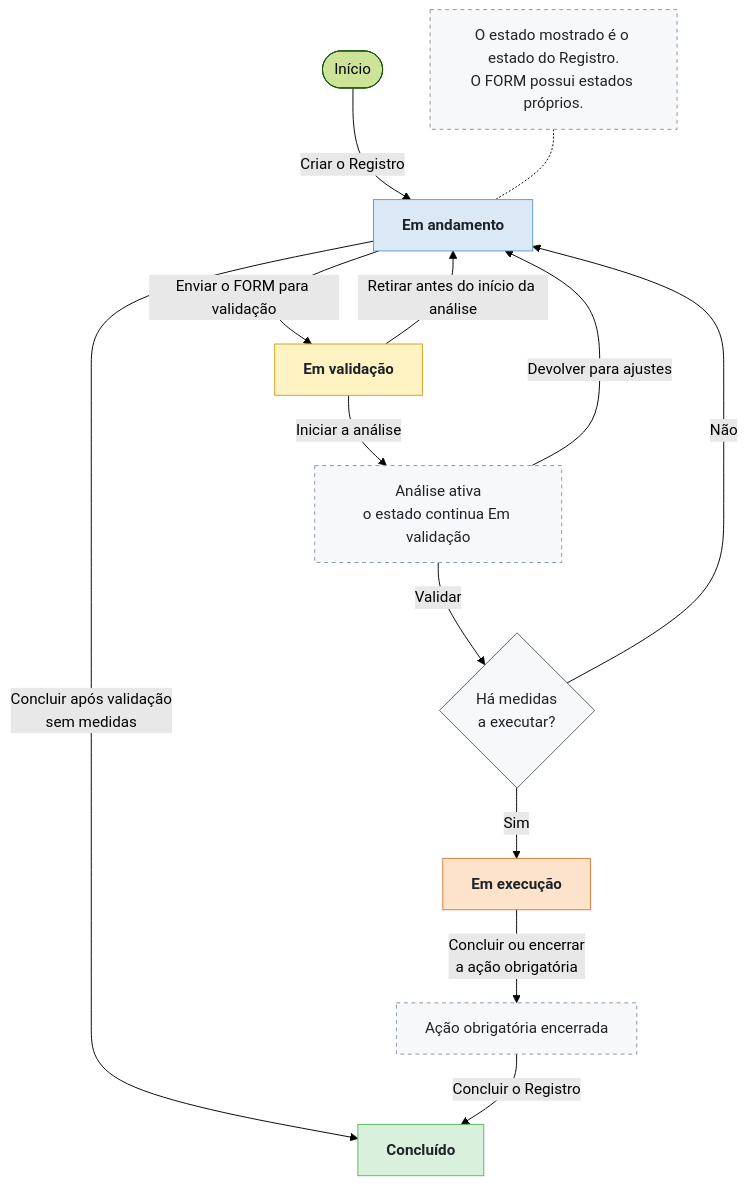
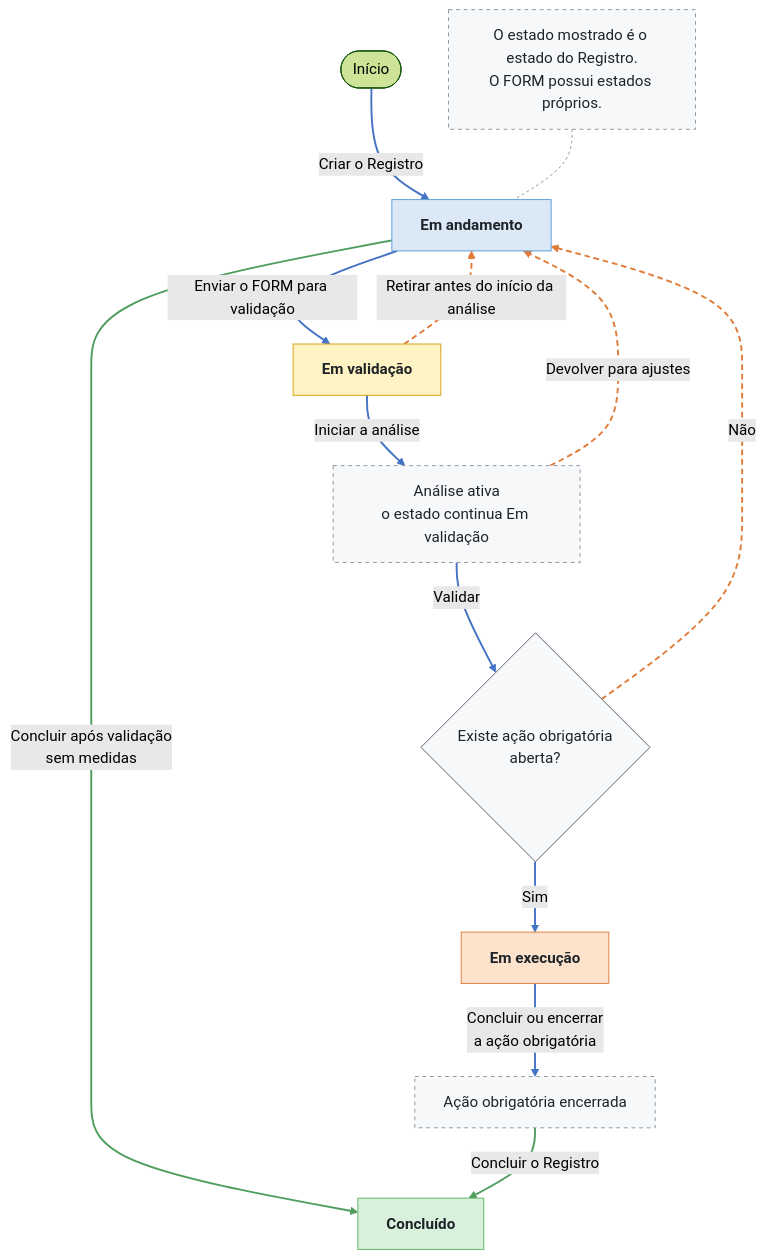
One commit to ailtonfv/governanca-lgpd-hortolandia changed the first of 11 diagrams in docs/arquitetura/MAPA_M1a.md. Above: the diagram before and after it, drawn with Mermaid (forest theme). The commit also changed other lines of this file, not shown here.

````diff
--- a/docs/arquitetura/MAPA_M1a.md
+++ b/docs/arquitetura/MAPA_M1a.md
@@ -65,30 +76,34 @@
 ```mermaid
 flowchart TD
     INI([Início]) -- "Criar o Registro" --> A["Em andamento"]
     A -- "Enviar o FORM para validação" --> V["Em validação"]
 
     V -- "Retirar antes do início da análise" --> A
     V -- "Iniciar a análise" --> AN["Análise ativa<br/>o estado continua Em validação"]
     AN -- "Devolver para ajustes" --> A
-    AN -- "Validar" --> D{"Há medidas<br/>a executar?"}
+    AN -- "Validar" --> D{"Existe ação obrigatória<br/>aberta?"}
 
     D -- "Não" --> A
     D -- "Sim" --> X["Em execução"]
 
     A -- "Concluir após validação<br/>sem medidas" --> C["Concluído"]
     X -- "Concluir ou encerrar<br/>a ação obrigatória" --> AC["Ação obrigatória encerrada"]
     AC -- "Concluir o Registro" --> C
 
     N["O estado mostrado é o estado do Registro.<br/>O FORM possui estados próprios."] -.- A
 
     classDef estado color:#1f2328,font-weight:bold
     class A,V,X,C estado
     style A fill:#dbe9f7,stroke:#5b9bd5,color:#1f2328
     style V fill:#fff3c4,stroke:#d4a017,color:#1f2328
     style X fill:#fde3cc,stroke:#e07b39,color:#1f2328
     style C fill:#d8f0dc,stroke:#5cb85c,color:#1f2328
     style D fill:#f6f8fa,stroke:#57606a,color:#1f2328
     style AN fill:#f6f8fa,stroke:#8c959f,color:#1f2328,stroke-dasharray:4
     style AC fill:#f6f8fa,stroke:#8c959f,color:#1f2328,stroke-dasharray:4
     style N fill:#f6f8fa,stroke:#8c959f,color:#1f2328,stroke-dasharray:4
+    linkStyle 0,1,3,5,7,9 stroke:#4472c4,stroke-width:2px
+    linkStyle 2,4,6 stroke:#e07b39,stroke-width:2px,stroke-dasharray:6 4
+    linkStyle 8,10 stroke:#4f9d5d,stroke-width:2px
+    linkStyle 11 stroke:#8c959f,stroke-width:1px,stroke-dasharray:3 3
 ```
````
